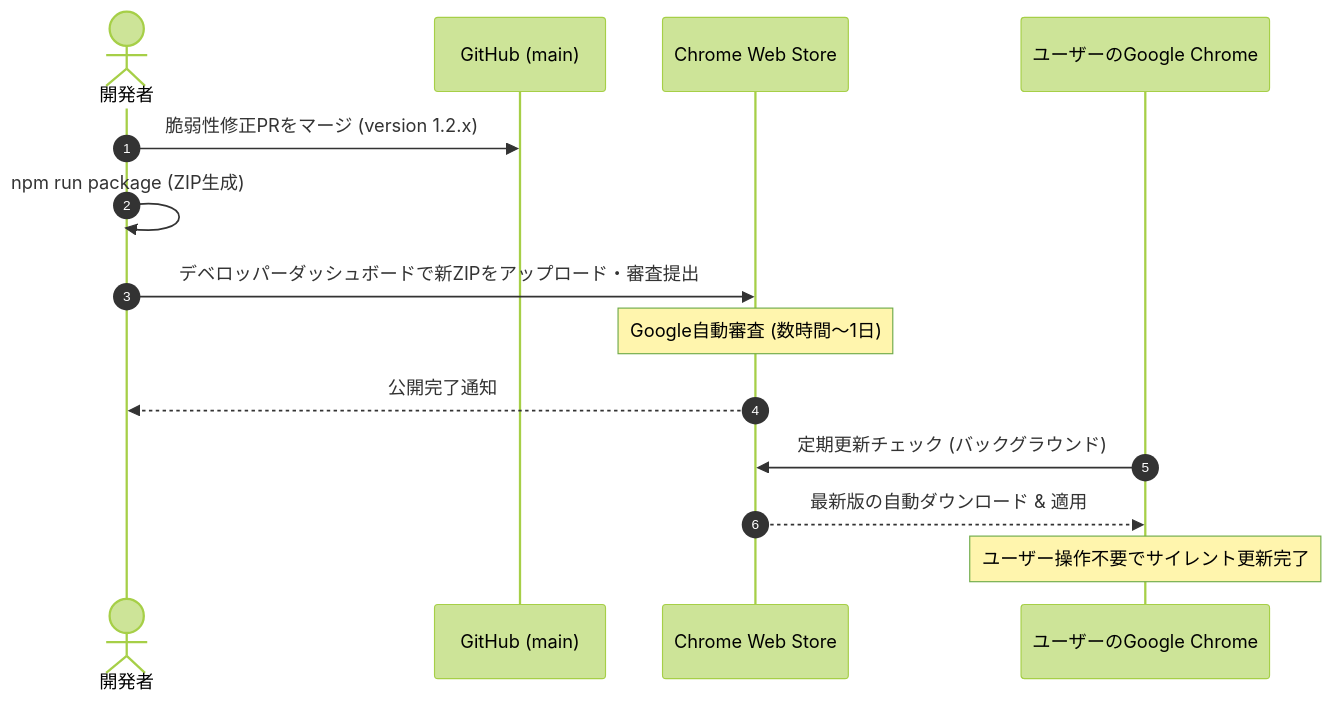
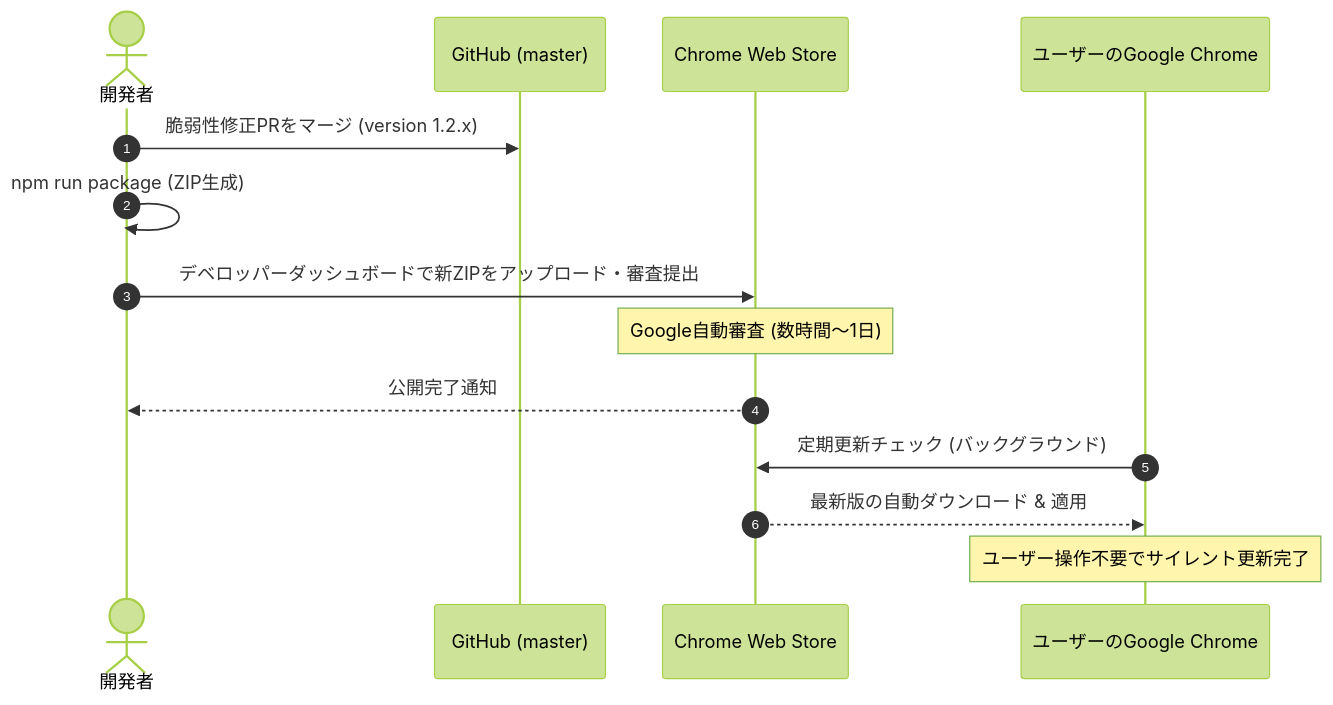
The second of 2 diagrams in docs/design/ci_cd_security_architecture.md (zyanpoyo/HoYoPass), drawn with Mermaid (forest theme) before and after one commit. The commit also changed other lines of this file and 6 other files, not shown here.

````diff
--- a/docs/design/ci_cd_security_architecture.md
+++ b/docs/design/ci_cd_security_architecture.md
@@ -200,17 +206,17 @@
 ```mermaid
 sequenceDiagram
     autonumber
     actor Dev as 開発者
-    participant Repo as GitHub (main)
+    participant Repo as GitHub (master)
     participant CWS as Chrome Web Store
     participant Chrome as ユーザーのGoogle Chrome
     
     Dev->>Repo: 脆弱性修正PRをマージ (version 1.2.x)
     Dev->>Dev: npm run package (ZIP生成)
     Dev->>CWS: デベロッパーダッシュボードで新ZIPをアップロード・審査提出
     Note over CWS: Google自動審査 (数時間〜1日)
     CWS-->>Dev: 公開完了通知
     Chrome->>CWS: 定期更新チェック (バックグラウンド)
     CWS-->>Chrome: 最新版の自動ダウンロード & 適用
     Note over Chrome: ユーザー操作不要でサイレント更新完了
 ```
````
